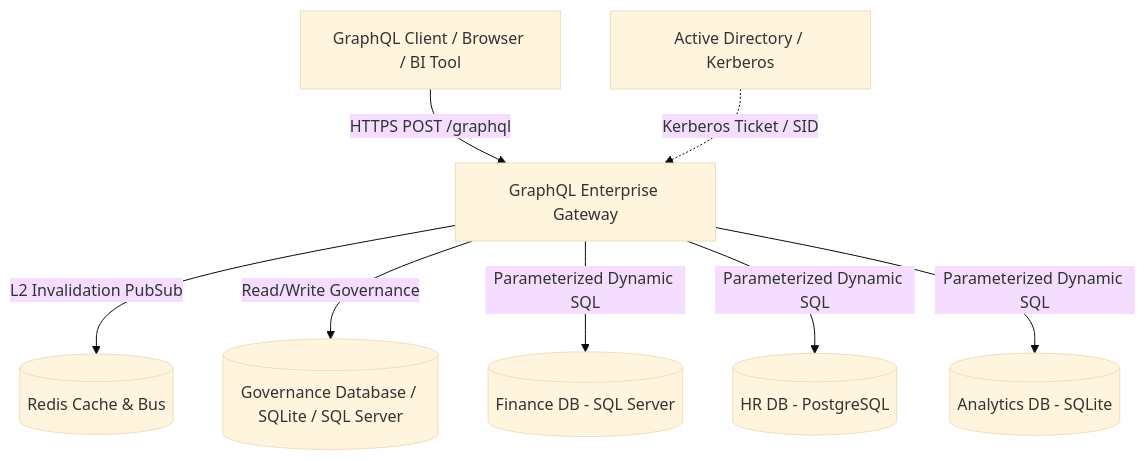
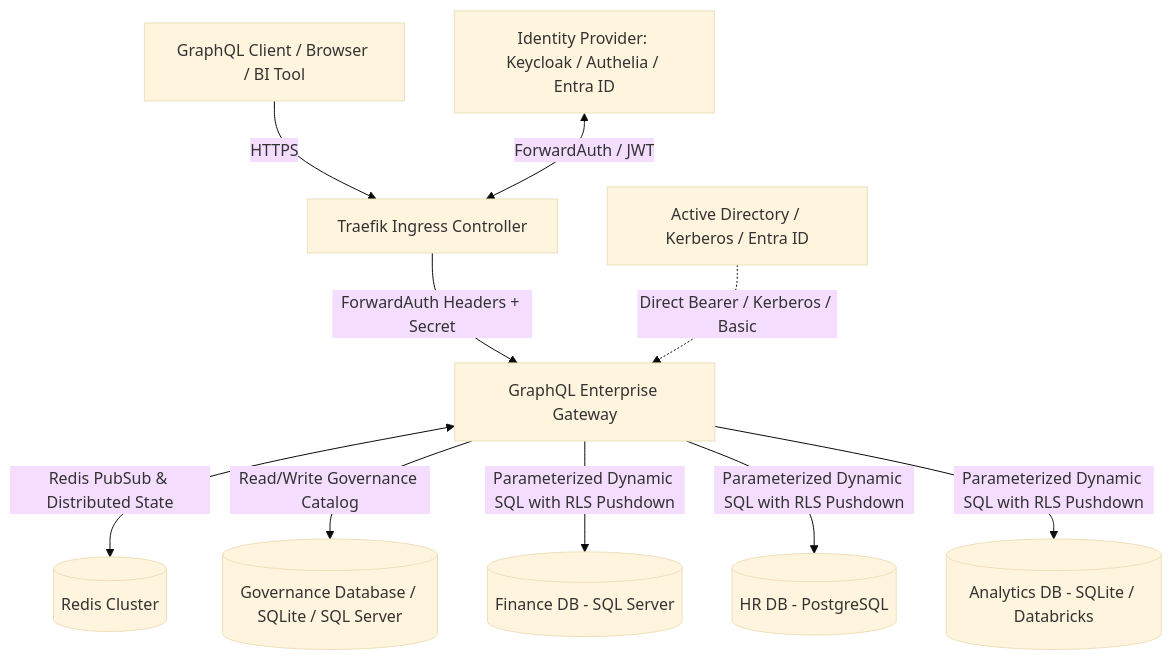
One commit to themulle/gql changed the first of 4 diagrams in docs/architecture/arc42.md. Above: the diagram before and after it, drawn with Mermaid (base theme). The commit also changed other lines of this file and 71 other files, not shown here.

````diff
--- a/docs/architecture/arc42.md
+++ b/docs/architecture/arc42.md
@@ -38,11 +43,13 @@
 ```mermaid
 flowchart TD
-    Client[GraphQL Client / Browser / BI Tool] -->|HTTPS POST /graphql| Gateway[GraphQL Enterprise Gateway]
-    AD[Active Directory / Kerberos] -.->|Kerberos Ticket / SID| Gateway
+    Client[GraphQL Client / Browser / BI Tool] -->|HTTPS| Ingress[Traefik Ingress Controller]
+    IdP[Identity Provider: Keycloak / Authelia / Entra ID] <-->|ForwardAuth / JWT| Ingress
+    Ingress -->|ForwardAuth Headers + Secret| Gateway[GraphQL Enterprise Gateway]
+    AD[Active Directory / Kerberos / Entra ID] -.->|Direct Bearer / Kerberos / Basic| Gateway
 
-    Gateway -->|L2 Invalidation PubSub| Redis[(Redis Cache & Bus)]
-    Gateway -->|Read/Write Governance| GovDB[(Governance Database / SQLite / SQL Server)]
-    Gateway -->|Parameterized Dynamic SQL| TargetDB1[(Finance DB - SQL Server)]
-    Gateway -->|Parameterized Dynamic SQL| TargetDB2[(HR DB - PostgreSQL)]
-    Gateway -->|Parameterized Dynamic SQL| TargetDB3[(Analytics DB - SQLite)]
+    Gateway <-->|Redis PubSub & Distributed State| Redis[(Redis Cluster)]
+    Gateway -->|Read/Write Governance Catalog| GovDB[(Governance Database / SQLite / SQL Server)]
+    Gateway -->|Parameterized Dynamic SQL with RLS Pushdown| TargetDB1[(Finance DB - SQL Server)]
+    Gateway -->|Parameterized Dynamic SQL with RLS Pushdown| TargetDB2[(HR DB - PostgreSQL)]
+    Gateway -->|Parameterized Dynamic SQL with RLS Pushdown| TargetDB3[(Analytics DB - SQLite / Databricks)]
 ```
````
